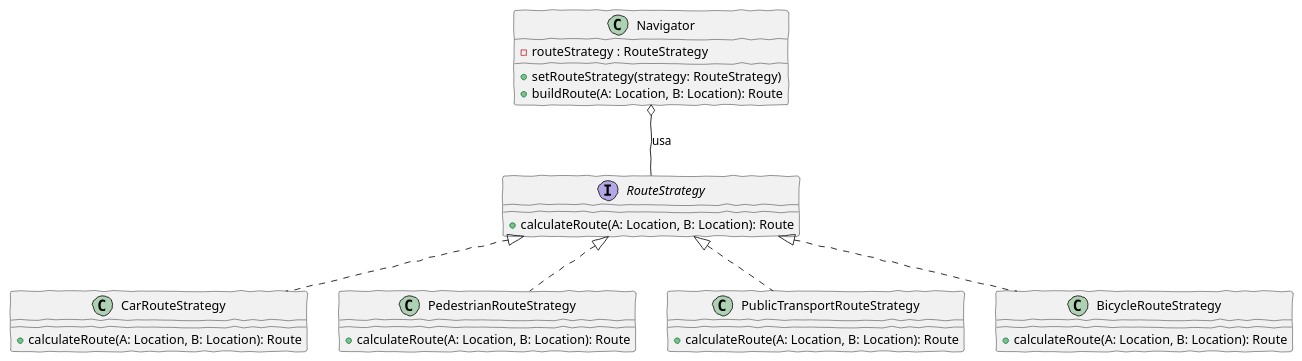
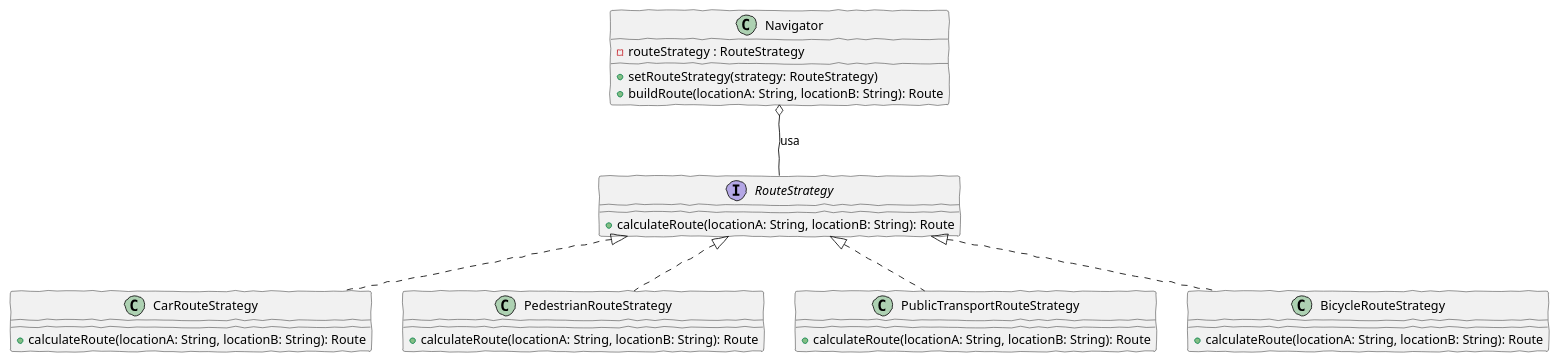
Before and after one commit to Ag-Tachyon/StrategyModelos: the diagram in uml.plantuml, drawn with PlantUML. The commit also changed 1 other file, not shown here.

Commit message:
Refactor (uml.plantuml): Modificando el tipo de datos en las clases e interfaz

```diff
--- a/uml.plantuml
+++ b/uml.plantuml
@@ -1,38 +1,38 @@
 @startuml strategy
 skinparam handwritten true
 
 interface RouteStrategy {
-    + calculateRoute(A: Location, B: Location): Route
+    + calculateRoute(locationA: String, locationB: String): Route
 }
 
 class Navigator {
     - routeStrategy : RouteStrategy
     + setRouteStrategy(strategy: RouteStrategy)
-    + buildRoute(A: Location, B: Location): Route
+    + buildRoute(locationA: String, locationB: String): Route
 }
 
 class CarRouteStrategy {
-    + calculateRoute(A: Location, B: Location): Route
+    + calculateRoute(locationA: String, locationB: String): Route
 }
 
 class PedestrianRouteStrategy {
-    + calculateRoute(A: Location, B: Location): Route
+    + calculateRoute(locationA: String, locationB: String): Route
 }
 
 class PublicTransportRouteStrategy {
-    + calculateRoute(A: Location, B: Location): Route
+    + calculateRoute(locationA: String, locationB: String): Route
 }
 
 class BicycleRouteStrategy {
-    + calculateRoute(A: Location, B: Location): Route
+    + calculateRoute(locationA: String, locationB: String): Route
 }
 
 ' Relaciones
 Navigator o-- RouteStrategy : "usa"
 
 RouteStrategy <|.. CarRouteStrategy
 RouteStrategy <|.. PedestrianRouteStrategy
 RouteStrategy <|.. PublicTransportRouteStrategy
 RouteStrategy <|.. BicycleRouteStrategy
 
 @enduml
```
